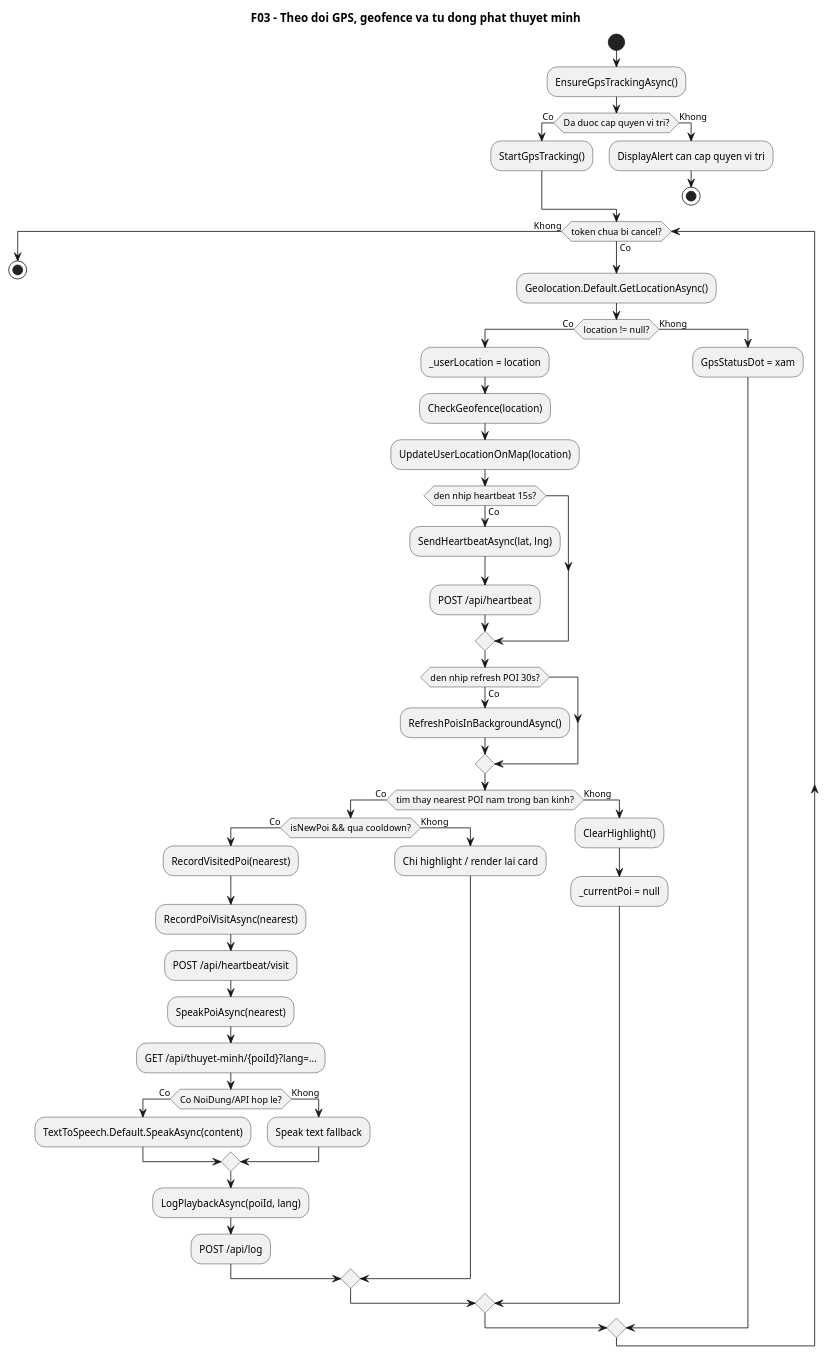
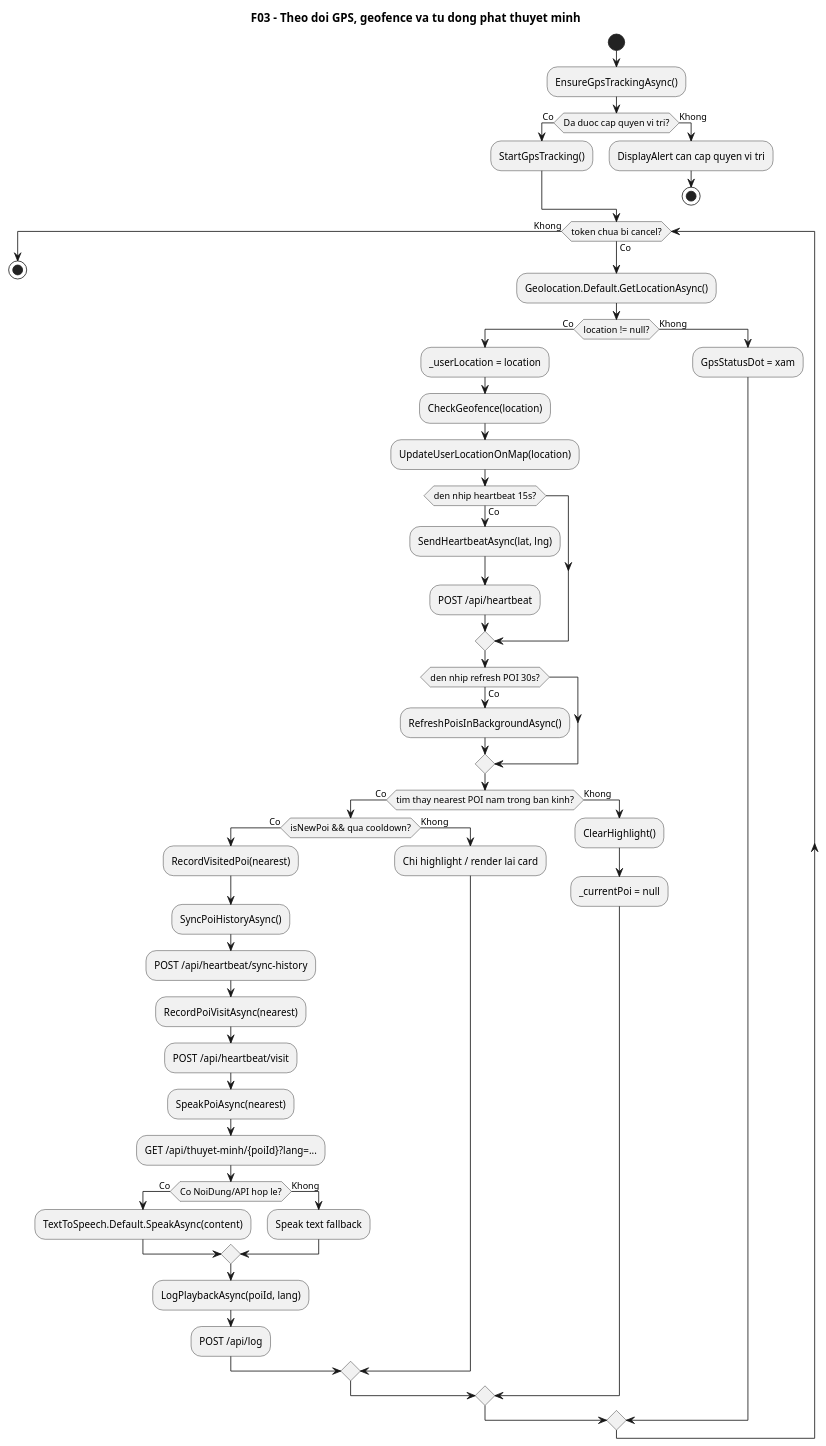
One commit to VoBao182/PhoAmThuc changed the diagram in docs/diagrams/03-geofence-audio-activity.puml. Above: the diagram before and after it, drawn with PlantUML. The commit also changed 6 other files, not shown here.

```diff
--- a/docs/diagrams/03-geofence-audio-activity.puml
+++ b/docs/diagrams/03-geofence-audio-activity.puml
@@ -1,63 +1,65 @@
 @startuml
 ' Diagram: F03 - Theo doi GPS, geofence va tu dong phat thuyet minh (Activity)
 ' Status: WIP
 ' Baseline: branch master, HEAD 6510344
 ' Source:
-' - VinhKhanhTourDemo/MainPage.xaml.cs: EnsureGpsTrackingAsync(), StartGpsTracking(), CheckGeofence(), SendHeartbeatAsync(), RecordPoiVisitAsync(), SpeakPoiAsync(), LogPlaybackAsync()
-' - VinhKhanhTour.API/Controllers/HeartbeatController.cs: SendHeartbeat(), RecordVisit()
+' - VinhKhanhTourDemo/MainPage.xaml.cs: EnsureGpsTrackingAsync(), StartGpsTracking(), CheckGeofence(), SendHeartbeatAsync(), RecordPoiVisitAsync(), SyncPoiHistoryAsync(), SpeakPoiAsync(), LogPlaybackAsync()
+' - VinhKhanhTour.API/Controllers/HeartbeatController.cs: SendHeartbeat(), RecordVisit(), SyncHistory()
 ' - VinhKhanhTour.API/Controllers/ThuyetMinhController.cs: GetByPoi()
 ' - VinhKhanhTour.API/Controllers/LogController.cs: Post()
-' Note: MainPage dang la module de nhay cam va de thay doi nhat; uu tien giu WIP cho den khi ban chot logic geofence, TTS va logging.
+' Note: Da cap nhat them buoc sync lich su local voi server khi vao app va khi ghi nhan da ghe; van giu WIP vi MainPage con dang bien dong.
 title F03 - Theo doi GPS, geofence va tu dong phat thuyet minh
 start
 :EnsureGpsTrackingAsync();
 if (Da duoc cap quyen vi tri?) then (Co)
   :StartGpsTracking();
 else (Khong)
   :DisplayAlert can cap quyen vi tri;
   stop
 endif
 
 while (token chua bi cancel?) is (Co)
   :Geolocation.Default.GetLocationAsync();
   if (location != null?) then (Co)
     :_userLocation = location;
     :CheckGeofence(location);
     :UpdateUserLocationOnMap(location);
 
     if (den nhip heartbeat 15s?) then (Co)
       :SendHeartbeatAsync(lat, lng);
       :POST /api/heartbeat;
     endif
 
     if (den nhip refresh POI 30s?) then (Co)
       :RefreshPoisInBackgroundAsync();
     endif
 
     if (tim thay nearest POI nam trong ban kinh?) then (Co)
       if (isNewPoi && qua cooldown?) then (Co)
         :RecordVisitedPoi(nearest);
+        :SyncPoiHistoryAsync();
+        :POST /api/heartbeat/sync-history;
         :RecordPoiVisitAsync(nearest);
         :POST /api/heartbeat/visit;
         :SpeakPoiAsync(nearest);
         :GET /api/thuyet-minh/{poiId}?lang=...;
         if (Co NoiDung/API hop le?) then (Co)
           :TextToSpeech.Default.SpeakAsync(content);
         else (Khong)
           :Speak text fallback;
         endif
         :LogPlaybackAsync(poiId, lang);
         :POST /api/log;
       else (Khong)
         :Chi highlight / render lai card;
       endif
     else (Khong)
       :ClearHighlight();
       :_currentPoi = null;
     endif
   else (Khong)
     :GpsStatusDot = xam;
   endif
 endwhile (Khong)
 stop
 @enduml
```
